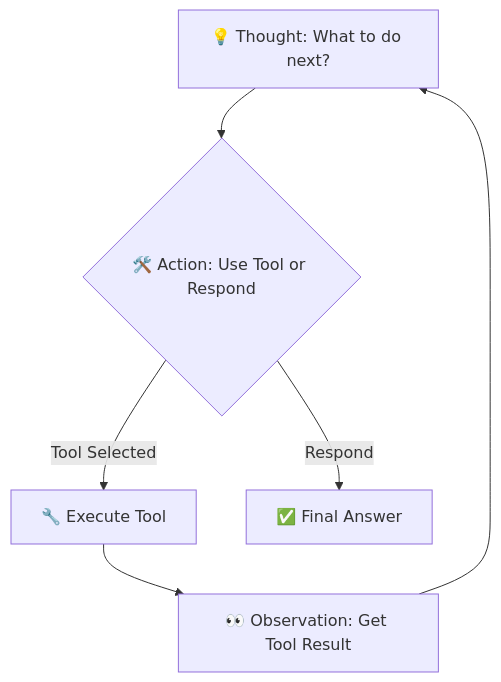
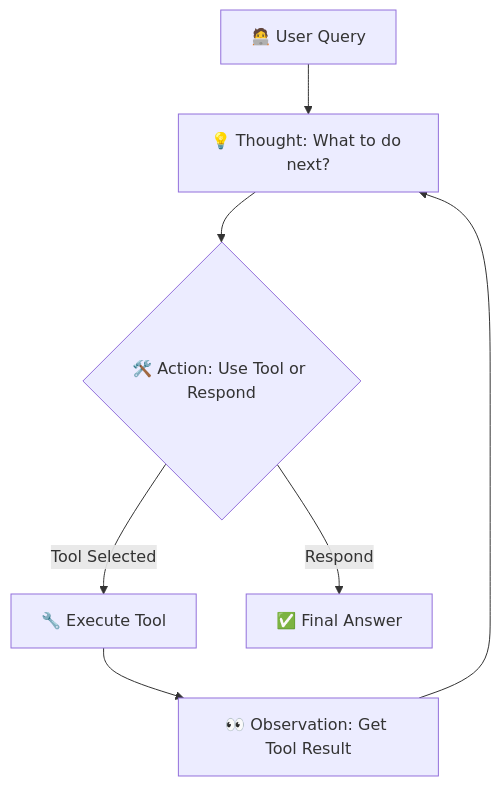
One commit to dpptinh/junior-genai-technical-assessment changed the first of 2 diagrams in ListA/A01/report_A01.md. Above: the diagram before and after it, drawn with Mermaid.

Commit message:
docs(A01): Update ReAct agent flow diagram in report_A01.md to include user query node for improved clarity

````diff
--- a/ListA/A01/report_A01.md
+++ b/ListA/A01/report_A01.md
@@ -379,8 +379,10 @@
           ```mermaid
           graph TD
-              A[💡 Thought: What to do next?] --> B{🛠️ Action: Use Tool or Respond};
-              B -- Tool Selected --> C[🔧 Execute Tool];
-              C --> D[👀 Observation: Get Tool Result];
-              D --> A;
-              B -- Respond --> E[✅ Final Answer];
+            U[🧑‍💻 User Query] --> A[💡 Thought: What to do next?];
+            A --> B{🛠️ Action: Use Tool or Respond}
+            B -- Tool Selected --> C[🔧 Execute Tool];
+            C --> D[👀 Observation: Get Tool Result];
+            D --> A;
+            B -- Respond --> E[✅ Final Answer];
+
           ```
````
